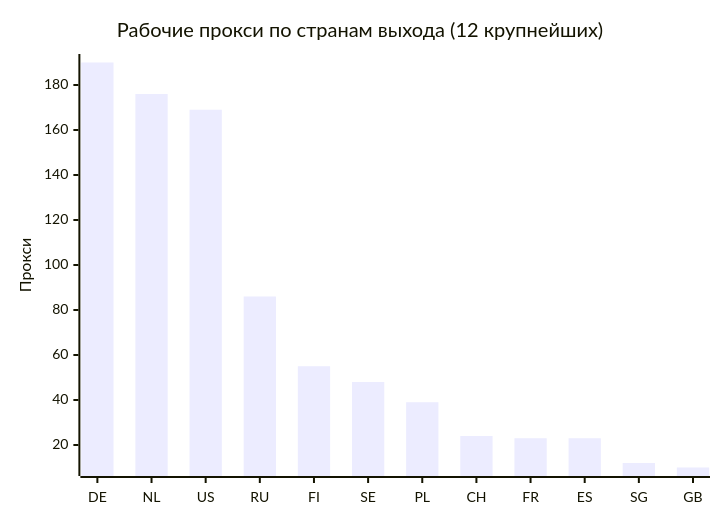
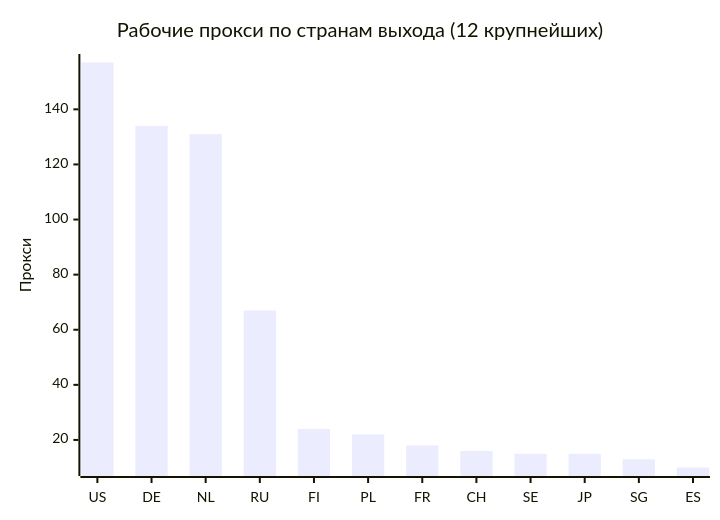
Before and after one commit to rvvg/proxy-subs: the second of 4 diagrams in README.md, drawn with Mermaid. The commit also changed other lines of this file and 50 other files, not shown here.

````diff
--- a/README.md
+++ b/README.md
@@ -132,7 +127,7 @@
 ```mermaid
 xychart-beta
     title "Рабочие прокси по странам выхода (12 крупнейших)"
-    x-axis ["DE", "NL", "US", "RU", "FI", "SE", "PL", "CH", "FR", "ES", "SG", "GB"]
+    x-axis ["US", "DE", "NL", "RU", "FI", "PL", "FR", "CH", "SE", "JP", "SG", "ES"]
     y-axis "Прокси"
-    bar [190, 176, 169, 86, 55, 48, 39, 24, 23, 23, 12, 10]
+    bar [157, 134, 131, 67, 24, 22, 18, 16, 15, 15, 13, 10]
 ```
````
